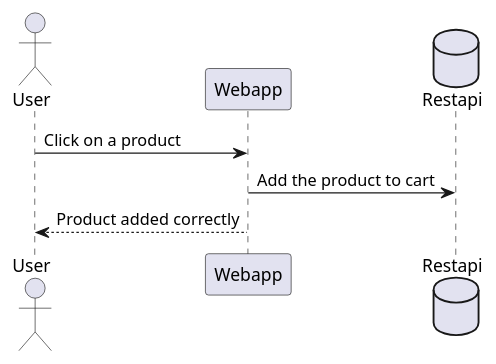
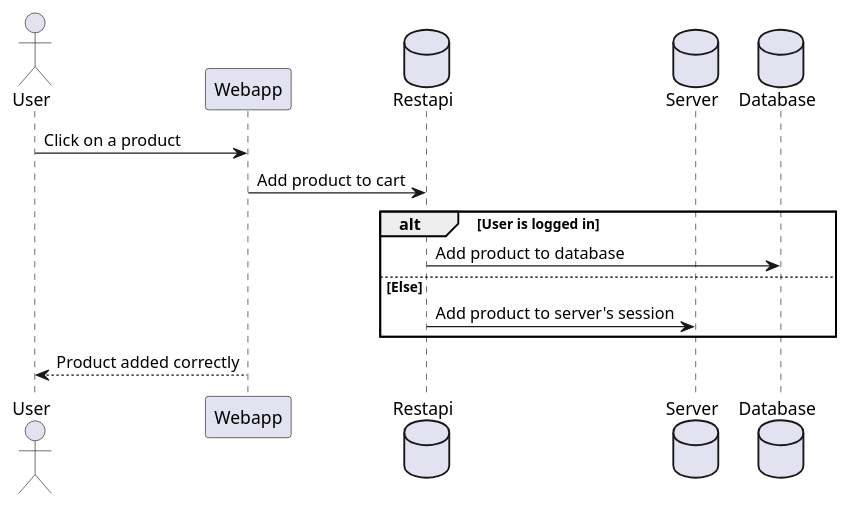
The second of 2 diagrams in docs/06_runtime_view.adoc (Arquisoft/dede_es5a), drawn with PlantUML before and after one commit.

Commit message:
Alternativas de persistencia añadidas a la hora de añadir un producto al carrito

```diff
--- a/docs/06_runtime_view.adoc
+++ b/docs/06_runtime_view.adoc
@@ -57,10 +57,20 @@
 [plantuml,"Sequence diagram_AddProduct",png]
 ----
 @startuml
 actor User
+participant Webapp
+database Restapi
+database Server
+database Database
+
 User -> Webapp: Click on a product
-database Restapi
-Webapp -> Restapi: Add the product to cart
+Webapp -> Restapi: Add product to cart
+alt User is logged in
+    Restapi -> Database: Add product to database
+else Else
+    Restapi -> Server: Add product to server's session
+end
+
 User <-- Webapp: Product added correctly
 @enduml
 ----
```
